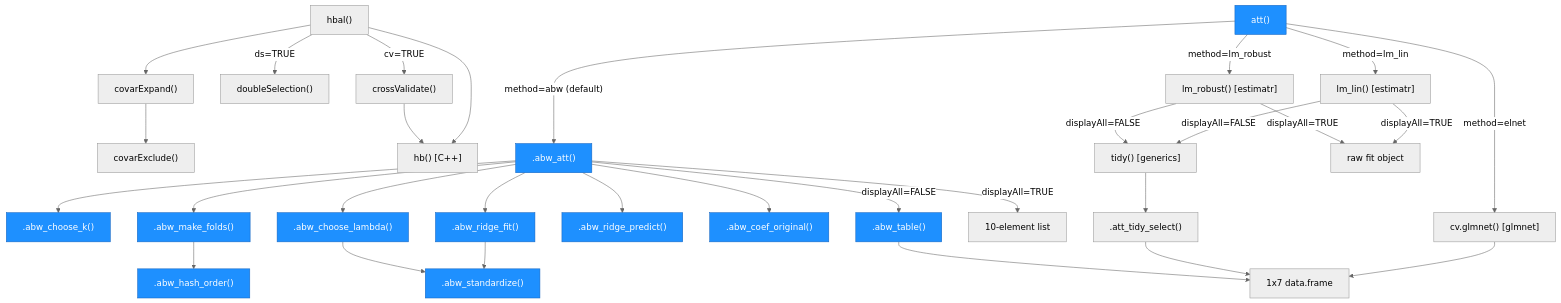
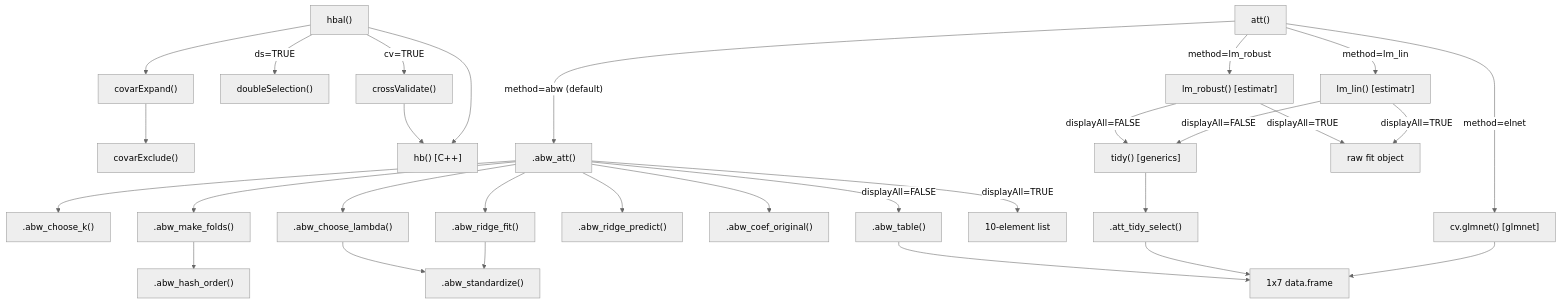
One commit to xuyiqing/hbal changed the second of 3 diagrams in ARCHITECTURE.md. Above: the diagram before and after it, drawn with Mermaid. The commit also changed other lines of this file, not shown here.

````diff
--- a/ARCHITECTURE.md
+++ b/ARCHITECTURE.md
@@ -103,75 +128,63 @@
 ```mermaid
 %%{init: {'theme': 'neutral'}}%%
 graph TD
     HBAL["hbal()"]
     CE["covarExpand()"]
     CX["covarExclude()"]
     DS["doubleSelection()"]
     CV["crossValidate()"]
     HB["hb() [C++]"]
 
     ATT["att()"]
     ABW[".abw_att()"]
     CK[".abw_choose_k()"]
     MF[".abw_make_folds()"]
     HO[".abw_hash_order()"]
     CL[".abw_choose_lambda()"]
     ST[".abw_standardize()"]
     RF[".abw_ridge_fit()"]
     RP[".abw_ridge_predict()"]
     CO[".abw_coef_original()"]
     TB[".abw_table()"]
     LIST["10-element list"]
     OUT["1x7 data.frame"]
 
     LMR["lm_robust() [estimatr]"]
     LML["lm_lin() [estimatr]"]
     ELN["cv.glmnet() [glmnet]"]
     TIDY["tidy() [generics]"]
     SEL[".att_tidy_select()"]
     RAW["raw fit object"]
 
     HBAL --> CE
     CE --> CX
     HBAL -->|"ds=TRUE"| DS
     HBAL -->|"cv=TRUE"| CV
     CV --> HB
     HBAL --> HB
 
     ATT -->|"method=abw (default)"| ABW
     ABW --> CK
     ABW --> MF
     MF --> HO
     ABW --> CL
     CL --> ST
     ABW --> RF
     RF --> ST
     ABW --> RP
     ABW --> CO
     ABW -->|"displayAll=TRUE"| LIST
     ABW -->|"displayAll=FALSE"| TB
     TB --> OUT
 
     ATT -->|"method=lm_robust"| LMR
     ATT -->|"method=lm_lin"| LML
     ATT -->|"method=elnet"| ELN
     LMR -->|"displayAll=FALSE"| TIDY
     LML -->|"displayAll=FALSE"| TIDY
     LMR -->|"displayAll=TRUE"| RAW
     LML -->|"displayAll=TRUE"| RAW
     TIDY --> SEL
     SEL --> OUT
     ELN --> OUT
-
-    style ATT fill:#1e90ff,stroke:#1565c0,color:#fff
-    style ABW fill:#1e90ff,stroke:#1565c0,color:#fff
-    style CK fill:#1e90ff,stroke:#1565c0,color:#fff
-    style MF fill:#1e90ff,stroke:#1565c0,color:#fff
-    style HO fill:#1e90ff,stroke:#1565c0,color:#fff
-    style CL fill:#1e90ff,stroke:#1565c0,color:#fff
-    style ST fill:#1e90ff,stroke:#1565c0,color:#fff
-    style RF fill:#1e90ff,stroke:#1565c0,color:#fff
-    style RP fill:#1e90ff,stroke:#1565c0,color:#fff
-    style CO fill:#1e90ff,stroke:#1565c0,color:#fff
-    style TB fill:#1e90ff,stroke:#1565c0,color:#fff
 ```
````
